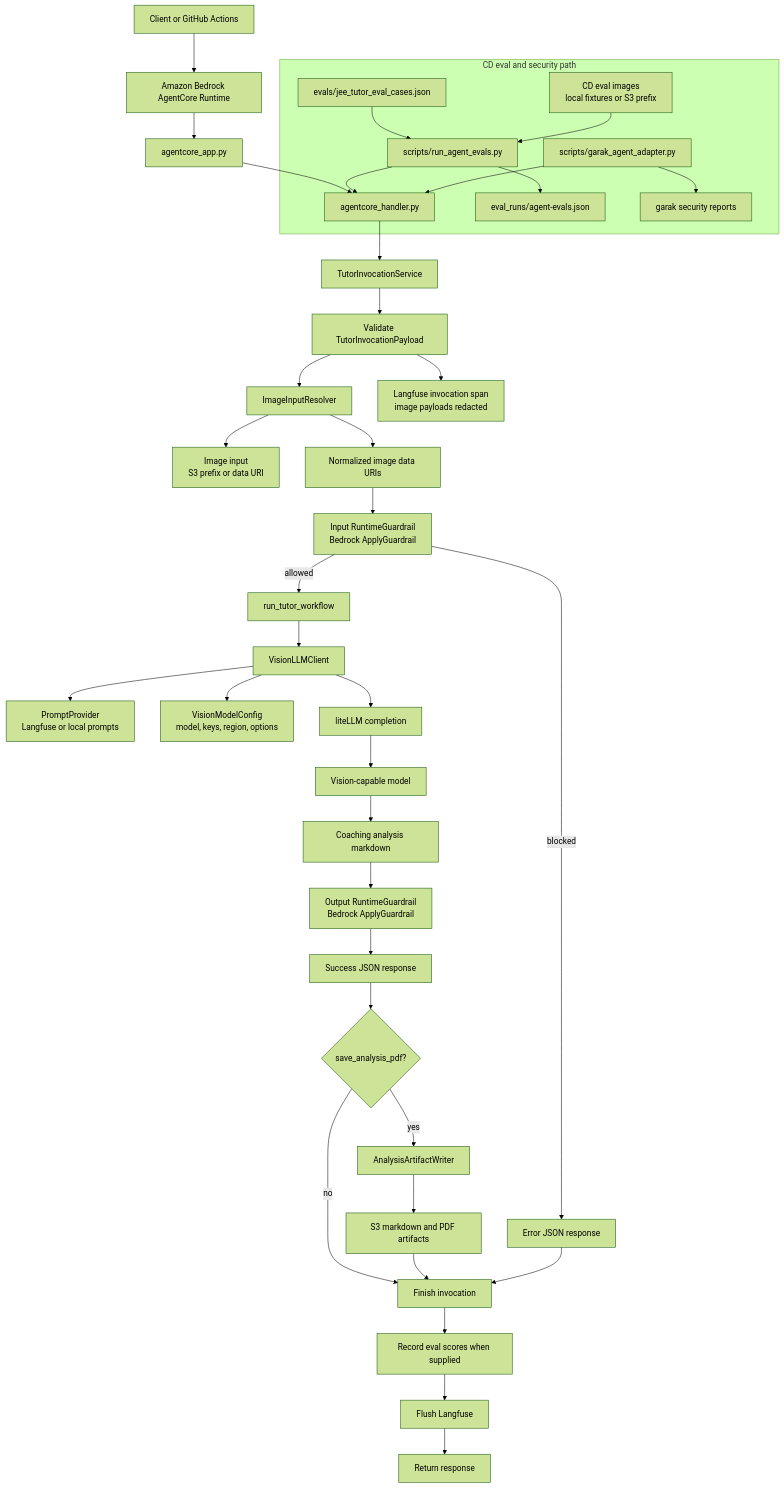
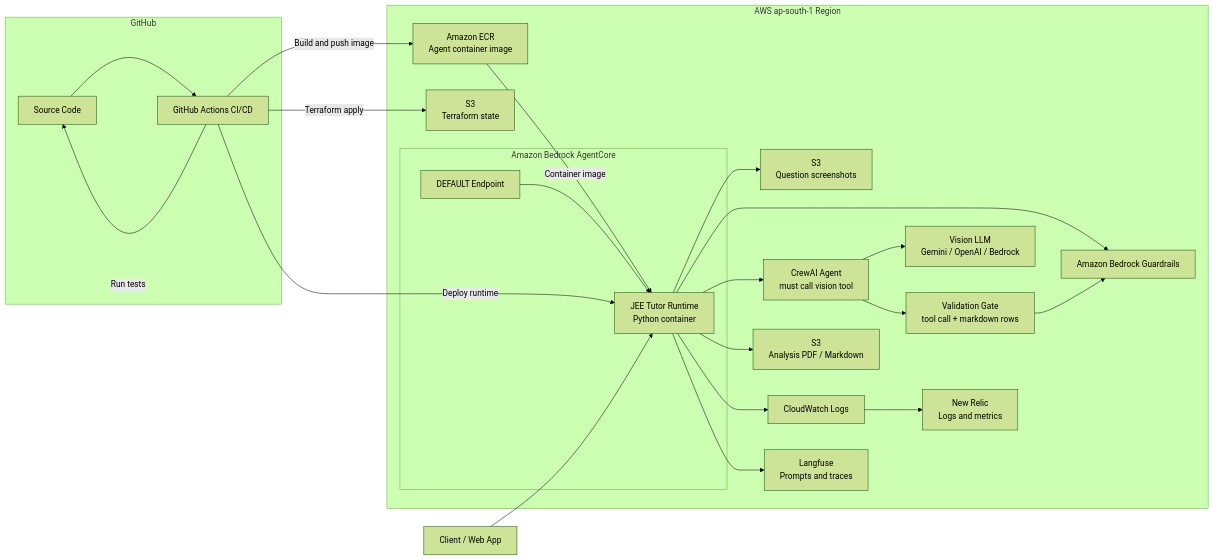
One commit to maverickuser/my-jee-tutor-agent changed the diagram in docs/block-diagram.md. Above: the diagram before and after it, drawn with Mermaid (forest theme). The commit also changed other lines of this file and 10 other files, not shown here.

Commit message:
Add hardened CrewAI output validation

````diff
--- a/docs/block-diagram.md
+++ b/docs/block-diagram.md
@@ -3,45 +3,46 @@
 ```mermaid
-flowchart TD
-    client[Client or GitHub Actions] --> agentcore[Amazon Bedrock AgentCore Runtime]
-    agentcore --> app[agentcore_app.py]
-    app --> handler[agentcore_handler.py]
-    handler --> service[TutorInvocationService]
+flowchart LR
+    user[Client / Web App] --> agentcore
 
-    service --> validate[Validate TutorInvocationPayload]
-    validate --> resolver[ImageInputResolver]
-    resolver --> inputSources[Image input<br/>S3 prefix or data URI]
-    resolver --> normalizedImages[Normalized image data URIs]
+    subgraph github[GitHub]
+        code[Source Code] --> actions[GitHub Actions CI/CD]
+    end
 
-    validate --> trace[Langfuse invocation span<br/>image payloads redacted]
-    normalizedImages --> inputGuardrail[Input RuntimeGuardrail<br/>Bedrock ApplyGuardrail]
-    inputGuardrail -->|blocked| errorResponse[Error JSON response]
-    inputGuardrail -->|allowed| workflow[run_tutor_workflow]
+    subgraph aws[AWS ap-south-1 Region]
+        ecr[Amazon ECR<br/>Agent container image]
+        tfstate[S3<br/>Terraform state]
 
-    workflow --> llmClient[VisionLLMClient]
-    llmClient --> prompts[PromptProvider<br/>Langfuse or local prompts]
-    llmClient --> modelConfig[VisionModelConfig<br/>model, keys, region, options]
-    llmClient --> liteLLM[liteLLM completion]
-    liteLLM --> visionModel[Vision-capable model]
+        subgraph runtime[Amazon Bedrock AgentCore]
+            endpoint[DEFAULT Endpoint]
+            agentcore[JEE Tutor Runtime<br/>Python container]
+        end
 
-    visionModel --> analysis[Coaching analysis markdown]
-    analysis --> outputGuardrail[Output RuntimeGuardrail<br/>Bedrock ApplyGuardrail]
-    outputGuardrail --> successResponse[Success JSON response]
-    successResponse --> artifacts{save_analysis_pdf?}
-    artifacts -->|yes| artifactWriter[AnalysisArtifactWriter]
-    artifactWriter --> artifactStorage[S3 markdown and PDF artifacts]
-    artifacts -->|no| finish[Finish invocation]
-    artifactStorage --> finish
-    errorResponse --> finish
-    finish --> score[Record eval scores when supplied]
-    score --> flush[Flush Langfuse]
-    flush --> response[Return response]
+        s3input[S3<br/>Question screenshots]
+        s3report[S3<br/>Analysis PDF / Markdown]
+        guardrails[Amazon Bedrock Guardrails]
+        crew[CrewAI Agent<br/>must call vision tool]
+        validator[Validation Gate<br/>tool call + markdown rows]
+        llm[Vision LLM<br/>Gemini / OpenAI / Bedrock]
+        logs[CloudWatch Logs]
+        newrelic[New Relic<br/>Logs and metrics]
+        langfuse[Langfuse<br/>Prompts and traces]
 
-    subgraph CD eval and security path
-        cases[evals/jee_tutor_eval_cases.json] --> evalRunner[scripts/run_agent_evals.py]
-        evalImages[CD eval images<br/>local fixtures or S3 prefix] --> evalRunner
-        evalRunner --> handler
-        evalRunner --> evalReport[eval_runs/agent-evals.json]
-        garak[scripts/garak_agent_adapter.py] --> handler
-        garak --> securityReport[garak security reports]
+        endpoint --> agentcore
+        agentcore --> s3input
+        agentcore --> guardrails
+        agentcore --> crew
+        crew --> llm
+        crew --> validator
+        validator --> guardrails
+        agentcore --> s3report
+        agentcore --> logs
+        agentcore --> langfuse
+        logs --> newrelic
     end
+
+    actions -->|Run tests| code
+    actions -->|Build and push image| ecr
+    actions -->|Terraform apply| tfstate
+    actions -->|Deploy runtime| agentcore
+    ecr -->|Container image| agentcore
 ```
````
